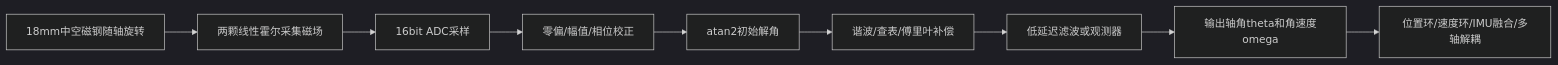
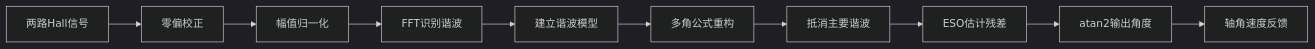
One commit to Ciri-07/Project-of-a-multi-axis-handheld-gimbal-based-on-BLDC-and-piezoelectric-motors changed the first of 3 diagrams in 线性霍尔传感器/双线性霍尔位置检测方案规划与学习路线.md. Above: the diagram before and after it, drawn with Mermaid (dark theme). The commit also changed other lines of this file and 10 other files, not shown here.

````diff
--- a/线性霍尔传感器/双线性霍尔位置检测方案规划与学习路线.md
+++ b/线性霍尔传感器/双线性霍尔位置检测方案规划与学习路线.md
@@ -57,11 +67,12 @@
 ```mermaid
 flowchart LR
-    A[18mm中空磁钢随轴旋转] --> B[两颗线性霍尔采集磁场]
-    B --> C[16bit ADC采样]
-    C --> D[零偏/幅值/相位校正]
-    D --> E[atan2初始解角]
-    E --> F[谐波/查表/傅里叶补偿]
-    F --> G[低延迟滤波或观测器]
-    G --> H[输出轴角theta和角速度omega]
-    H --> I[位置环/速度环/IMU融合/多轴解耦]
+    A[两路Hall信号] --> B[零偏校正]
+    B --> C[幅值归一化]
+    C --> D[FFT识别谐波]
+    D --> E[建立谐波模型]
+    E --> F[多角公式重构]
+    F --> G[抵消主要谐波]
+    G --> H[ESO估计残差]
+    H --> I[atan2输出角度]
+    I --> J[轴角速度反馈]
 ```
````
